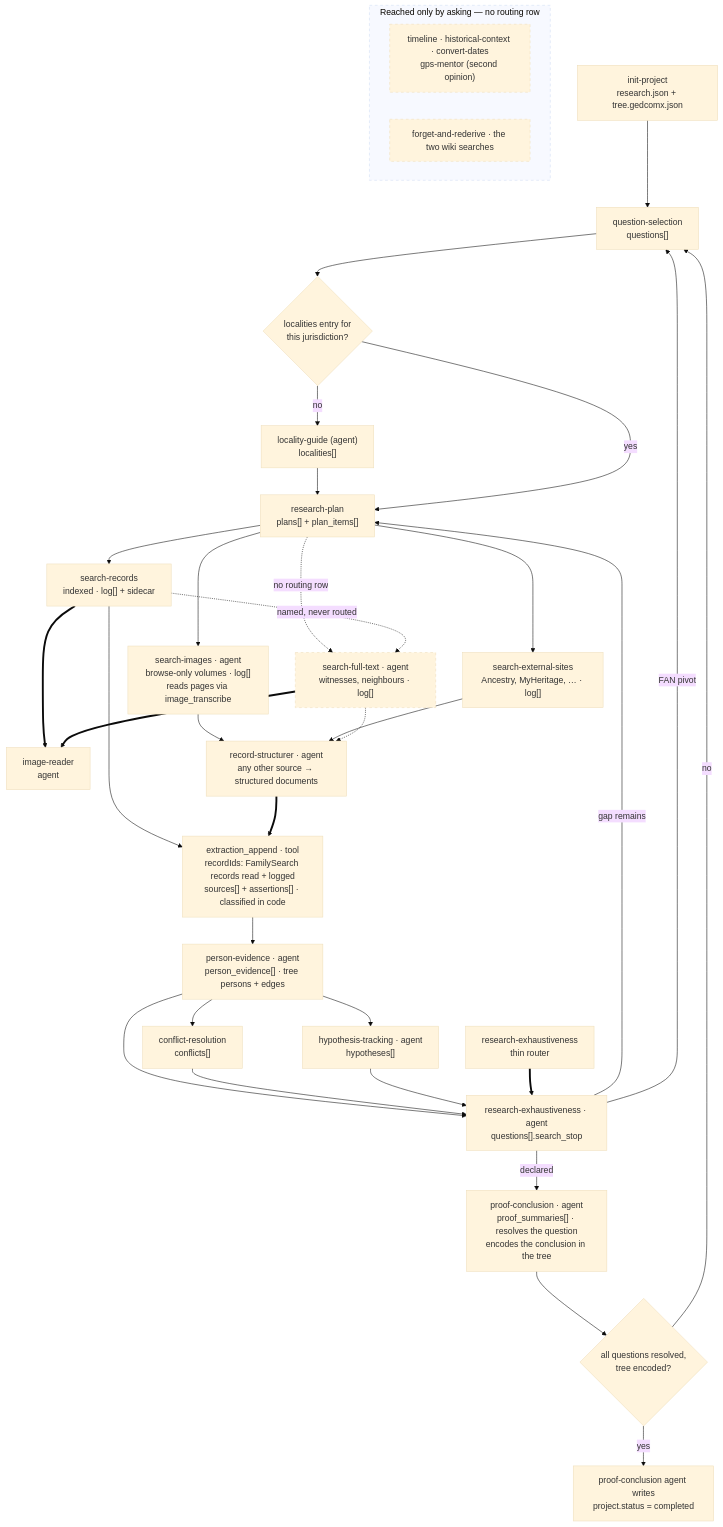
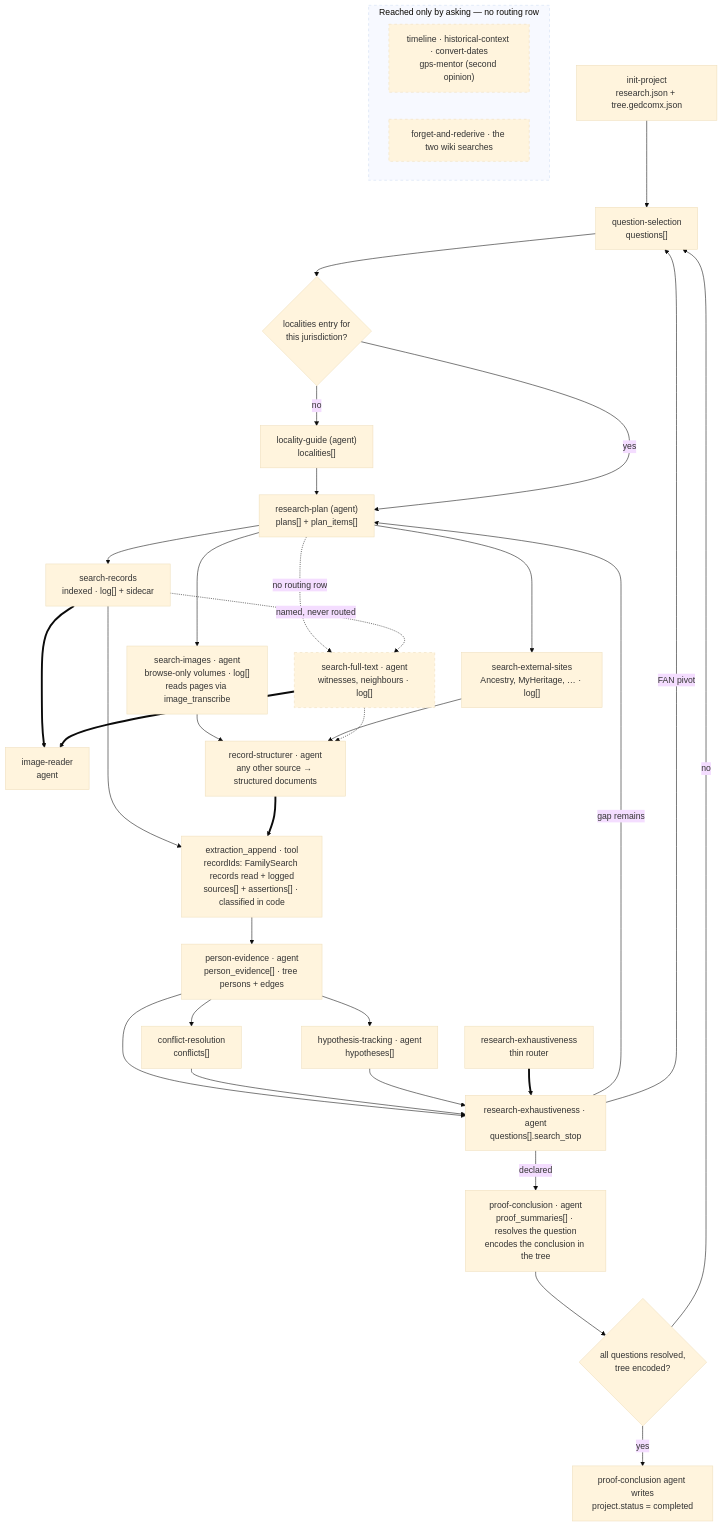
Before and after one commit to PioneerAIAcademy/cowork-genealogy: the diagram in docs/skill-dataflow.md, drawn with Mermaid (base theme). The commit also changed other lines of this file and 80 other files, not shown here.

First line of the commit message:
research-plan: convert the skill into an agent and delete the skill (#2116)

````diff
--- a/docs/skill-dataflow.md
+++ b/docs/skill-dataflow.md
@@ -73,50 +74,50 @@
 ```mermaid
 flowchart TD
     IP["init-project<br/>research.json + tree.gedcomx.json"] --> QS
     QS["question-selection<br/>questions[]"] --> LOCGATE
     LOCGATE{"localities entry for<br/>this jurisdiction?"}
     LOCGATE -- no --> LG["locality-guide (agent)<br/>localities[]"] --> RP
-    LOCGATE -- yes --> RP["research-plan<br/>plans[] + plan_items[]"]
+    LOCGATE -- yes --> RP["research-plan (agent)<br/>plans[] + plan_items[]"]
 
     RP --> SR["search-records<br/>indexed · log[] + sidecar"]
     RP --> SE["search-external-sites<br/>Ancestry, MyHeritage, … · log[]"]
     RP --> SIA["search-images · agent<br/>browse-only volumes · log[]<br/>reads pages via image_transcribe"]
     RP -.->|"no routing row"| SF["search-full-text · agent<br/>witnesses, neighbours · log[]"]
     SR -.->|"named, never routed"| SF
     SR ==> IR["image-reader<br/>agent"]
     SF ==> IR
 
     SR --> XA
     SIA --> RS
     SE --> RS
     SF -.-> RS
     XA["extraction_append · tool<br/>recordIds: FamilySearch records read + logged<br/>sources[] + assertions[] · classified in code"]
     RS["record-structurer · agent<br/>any other source → structured documents"] ==> XA
 
     XA --> PE["person-evidence · agent<br/>person_evidence[] · tree persons + edges"]
     PE --> CR["conflict-resolution<br/>conflicts[]"]
     PE --> HT["hypothesis-tracking · agent<br/>hypotheses[]"]
     PE --> EXA
     CR --> EXA
     HT --> EXA
 
     EX["research-exhaustiveness<br/>thin router"]
     EX ==> EXA["research-exhaustiveness · agent<br/>questions[].search_stop"]
     EXA -- "gap remains" --> RP
     EXA -- "FAN pivot" --> QS
     EXA -- "declared" --> PCA
 
     PCA["proof-conclusion · agent<br/>proof_summaries[] · resolves the question<br/>encodes the conclusion in the tree"]
     PCA --> GATE{"all questions resolved,<br/>tree encoded?"}
     GATE -- no --> QS
     GATE -- yes --> DONE["proof-conclusion agent writes<br/>project.status = completed"]
 
     subgraph ASK ["Reached only by asking — no routing row"]
         direction LR
         U1["timeline · historical-context · convert-dates<br/>gps-mentor (second opinion)"]
         U2["forget-and-rederive · the two wiki searches"]
     end
 
     classDef unrouted stroke-dasharray: 5 5
     class SF,ASK,U1,U2 unrouted
 ```
````
